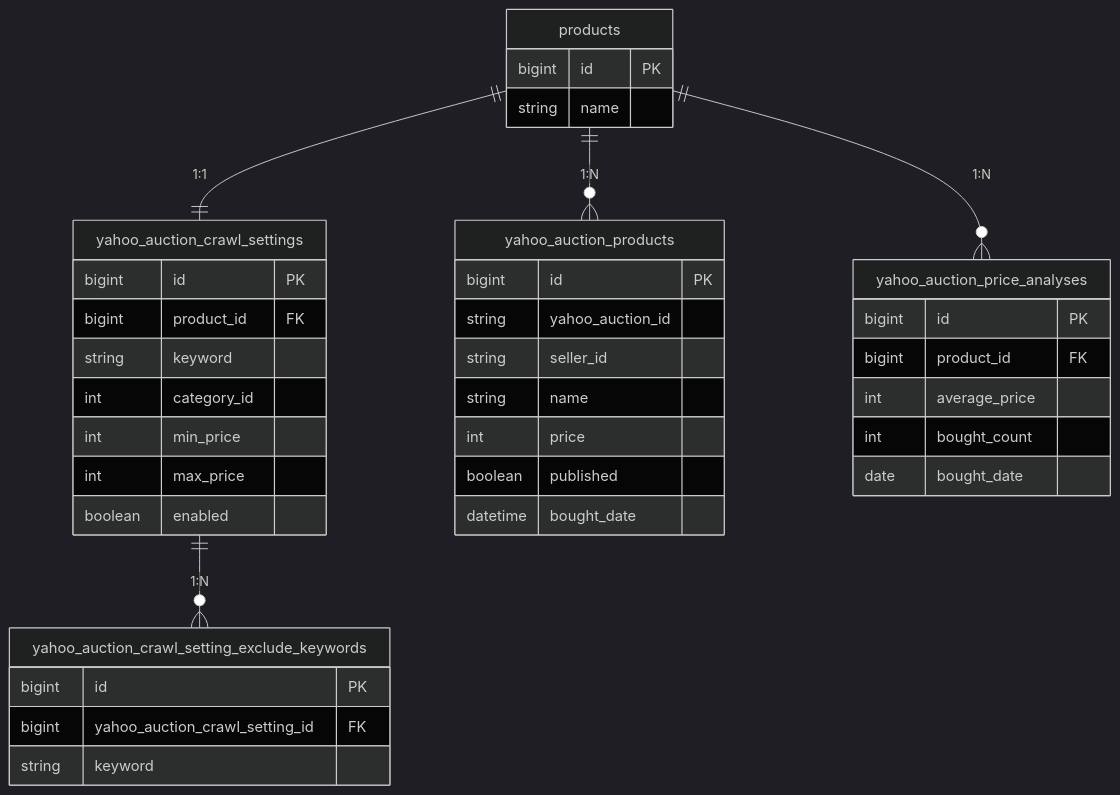
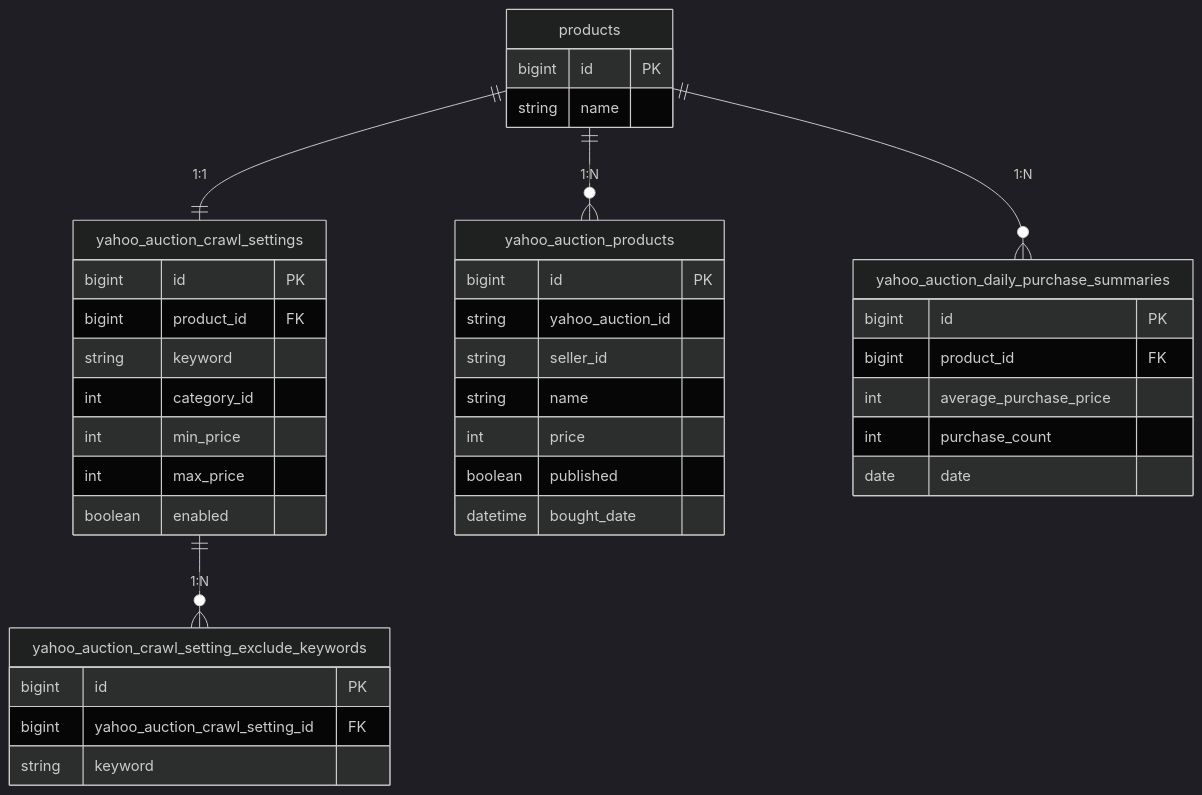
Before and after one commit to kuroweb/price-monitoring: the second of 4 diagrams in README.md, drawn with Mermaid (dark theme). The commit also changed other lines of this file, not shown here.

````diff
--- a/README.md
+++ b/README.md
@@ -78,42 +78,42 @@
 ```mermaid
 erDiagram
   products {
     bigint id PK
     string name
   }
   yahoo_auction_crawl_settings {
     bigint id PK
     bigint product_id FK
     string keyword
     int category_id
     int min_price
     int max_price
     boolean enabled
   }
   yahoo_auction_crawl_setting_exclude_keywords {
     bigint id PK
     bigint yahoo_auction_crawl_setting_id FK
     string keyword
   }
   yahoo_auction_products {
     bigint id PK
     string yahoo_auction_id
     string seller_id
     string name
     int price
     boolean published
     datetime bought_date
   }
-  yahoo_auction_price_analyses {
+  yahoo_auction_daily_purchase_summaries {
     bigint id PK
     bigint product_id FK
-    int average_price
-    int bought_count
-    date bought_date
+    int average_purchase_price
+    int purchase_count
+    date date
   }
 
   products ||--|| yahoo_auction_crawl_settings : "1:1"
   yahoo_auction_crawl_settings ||--o{ yahoo_auction_crawl_setting_exclude_keywords : "1:N"
   products ||--o{ yahoo_auction_products : "1:N"
-  products ||--o{ yahoo_auction_price_analyses : "1:N"
+  products ||--o{ yahoo_auction_daily_purchase_summaries : "1:N"
 ```
````
